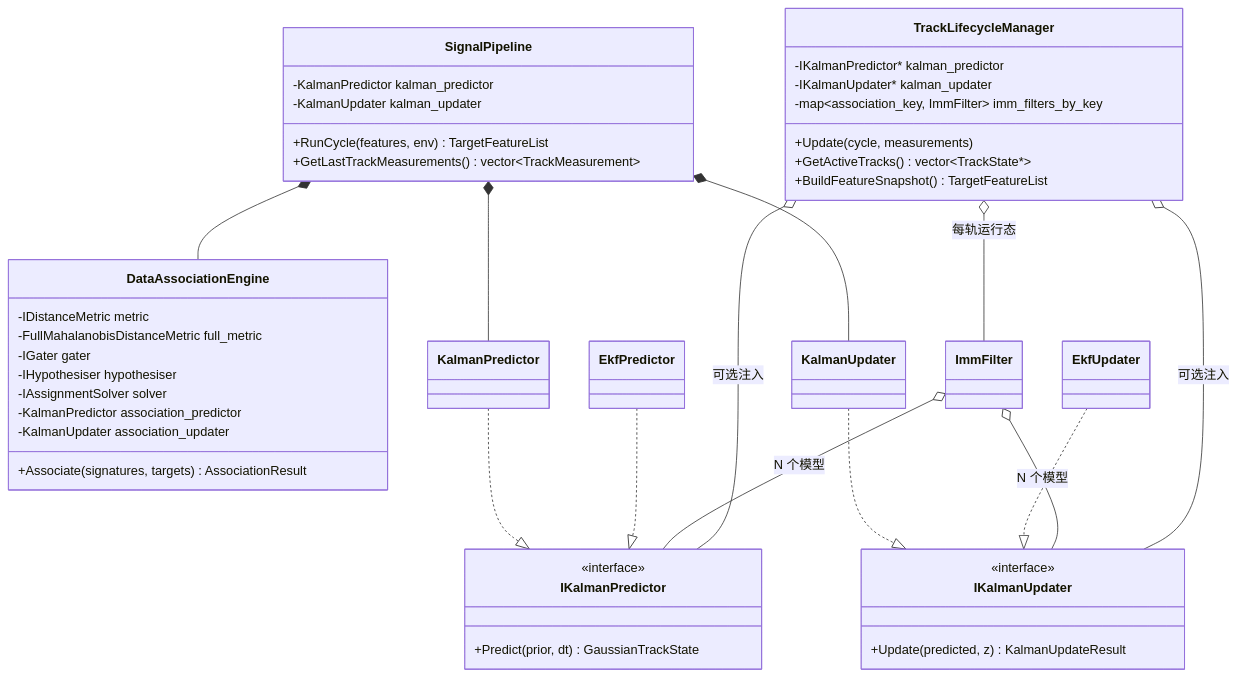
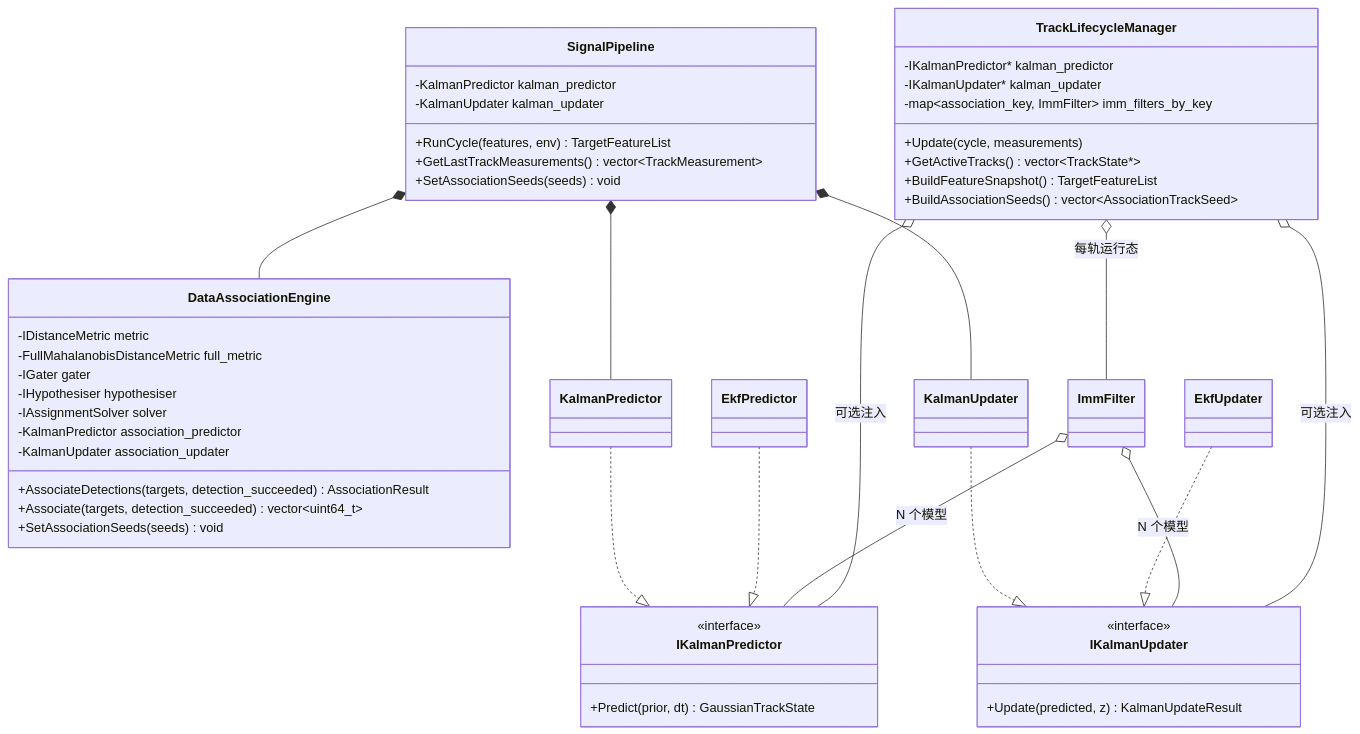
One commit to boilwater-3/1q changed the sixth of 8 diagrams in doc/architecture/signal/signal-architecture.md. Above: the diagram before and after it, drawn with Mermaid. The commit also changed other lines of this file and 2 other files, not shown here.

````diff
--- a/doc/architecture/signal/signal-architecture.md
+++ b/doc/architecture/signal/signal-architecture.md
@@ -325,53 +366,57 @@
 ```mermaid
 classDiagram
     class SignalPipeline {
         +RunCycle(features, env) TargetFeatureList
         +GetLastTrackMeasurements() vector~TrackMeasurement~
+        +SetAssociationSeeds(seeds) void
         -KalmanPredictor kalman_predictor
         -KalmanUpdater kalman_updater
     }
 
     class DataAssociationEngine {
-        +Associate(signatures, targets) AssociationResult
+        +AssociateDetections(targets, detection_succeeded) AssociationResult
+        +Associate(targets, detection_succeeded) vector~uint64_t~
+        +SetAssociationSeeds(seeds) void
         -IDistanceMetric metric
         -FullMahalanobisDistanceMetric full_metric
         -IGater gater
         -IHypothesiser hypothesiser
         -IAssignmentSolver solver
         -KalmanPredictor association_predictor
         -KalmanUpdater association_updater
     }
 
     class TrackLifecycleManager {
         +Update(cycle, measurements)
         +GetActiveTracks() vector~TrackState*~
         +BuildFeatureSnapshot() TargetFeatureList
+        +BuildAssociationSeeds() vector~AssociationTrackSeed~
         -IKalmanPredictor* kalman_predictor
         -IKalmanUpdater* kalman_updater
         -map~association_key, ImmFilter~ imm_filters_by_key
     }
 
     class IKalmanPredictor {
         <<interface>>
         +Predict(prior, dt) GaussianTrackState
     }
 
     class IKalmanUpdater {
         <<interface>>
         +Update(predicted, z) KalmanUpdateResult
     }
 
     KalmanPredictor ..|> IKalmanPredictor
     EkfPredictor ..|> IKalmanPredictor
     KalmanUpdater ..|> IKalmanUpdater
     EkfUpdater ..|> IKalmanUpdater
 
     ImmFilter o-- IKalmanPredictor : N 个模型
     ImmFilter o-- IKalmanUpdater : N 个模型
     TrackLifecycleManager o-- ImmFilter : 每轨运行态
     TrackLifecycleManager o-- IKalmanPredictor : 可选注入
     TrackLifecycleManager o-- IKalmanUpdater : 可选注入
     SignalPipeline *-- DataAssociationEngine
     SignalPipeline *-- KalmanPredictor
     SignalPipeline *-- KalmanUpdater
 ```
````
